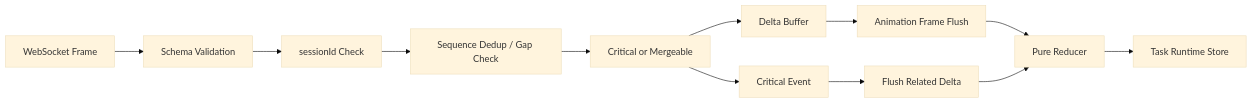
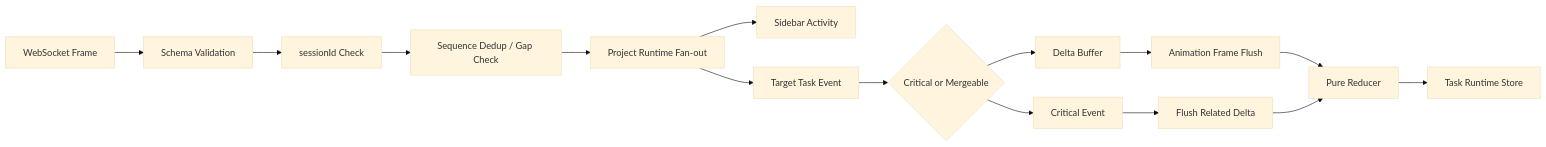
One commit to BryanHoo/CodeAgent changed the second of 2 diagrams in docs/web-design.md. Above: the diagram before and after it, drawn with Mermaid (base theme). The commit also changed other lines of this file and 9 other files, not shown here.

````diff
--- a/docs/web-design.md
+++ b/docs/web-design.md
@@ -456,14 +457,17 @@
 ```mermaid
 flowchart LR
     Frame["WebSocket Frame"] --> Validate["Schema Validation"]
     Validate --> Session["sessionId Check"]
     Session --> Sequence["Sequence Dedup / Gap Check"]
-    Sequence --> Classify["Critical or Mergeable"]
-    Classify --> Buffer["Delta Buffer"]
-    Classify --> Critical["Critical Event"]
+    Sequence --> Runtime["Project Runtime Fan-out"]
+    Runtime --> Activity["Sidebar Activity"]
+    Runtime --> Classify["Target Task Event"]
+    Classify --> Mergeable{"Critical or Mergeable"}
+    Mergeable --> Buffer["Delta Buffer"]
+    Mergeable --> Critical["Critical Event"]
     Buffer --> Flush["Animation Frame Flush"]
     Critical --> FlushRelated["Flush Related Delta"]
     Flush --> Reduce["Pure Reducer"]
     FlushRelated --> Reduce
     Reduce --> Store["Task Runtime Store"]
 ```
````
